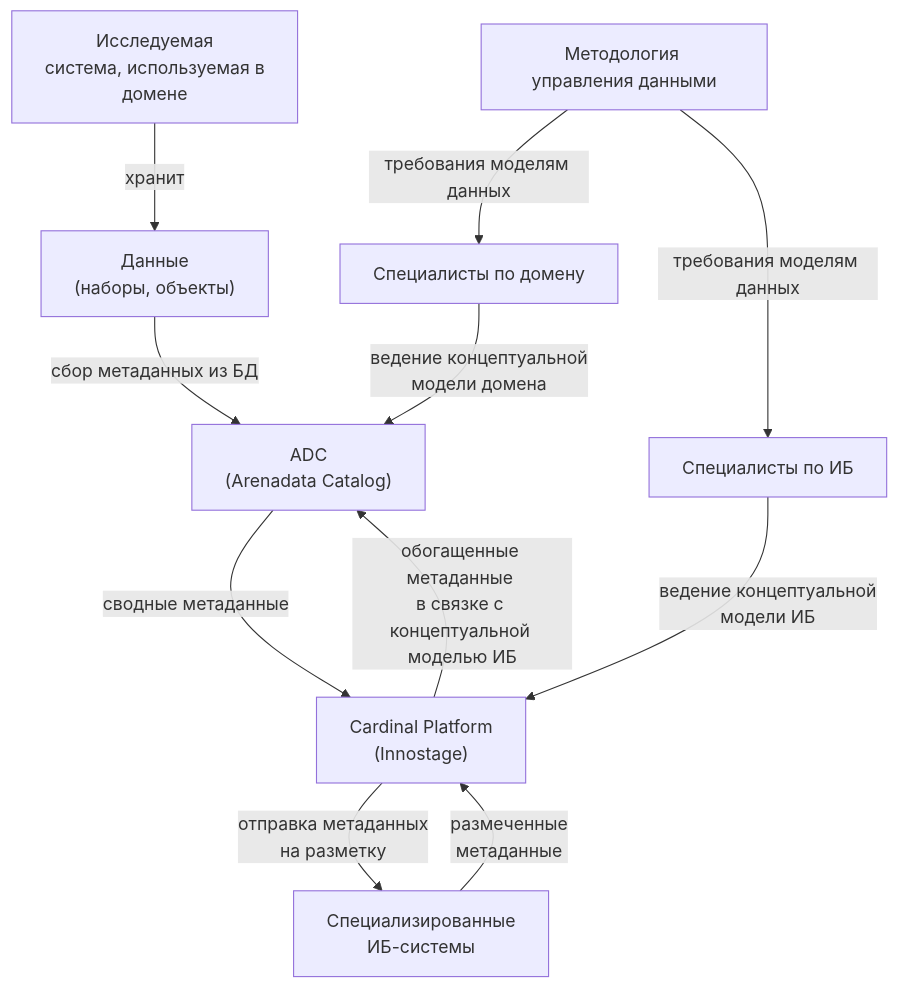
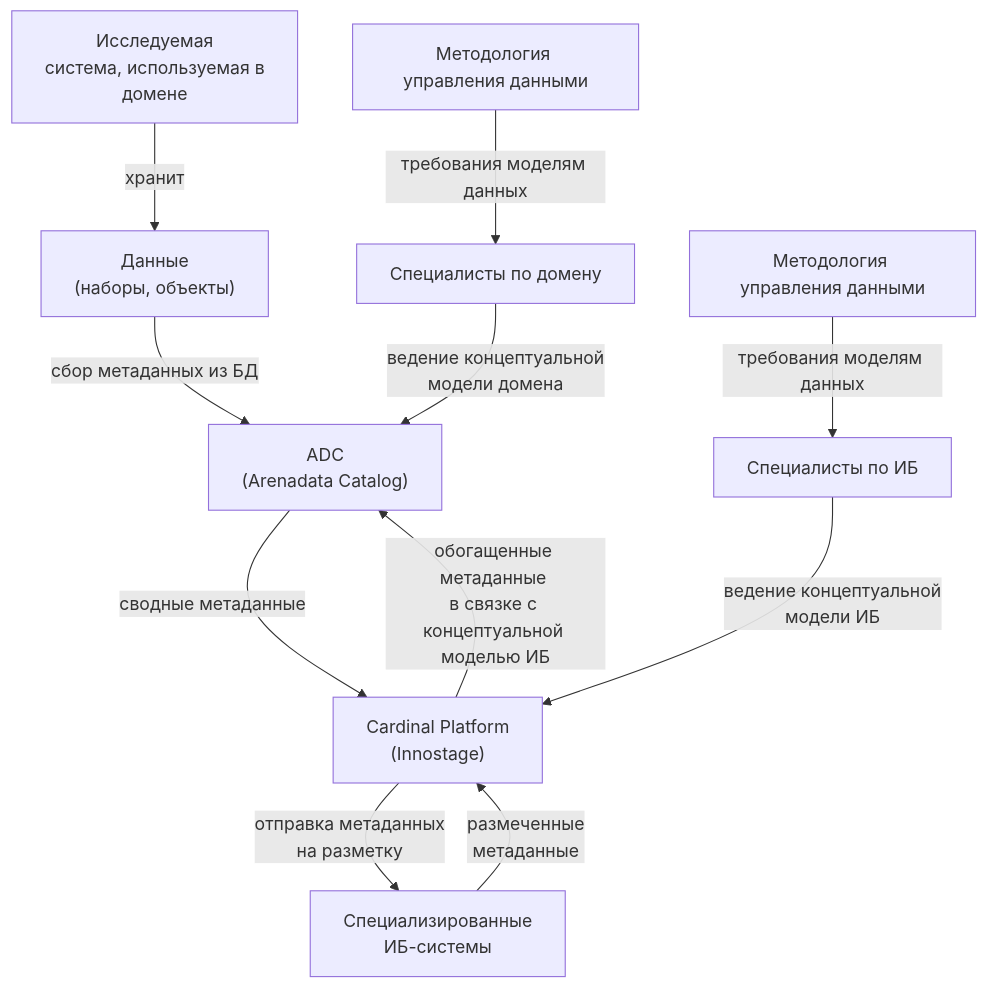
Before and after one commit to ashmarev/dg-cyber-resilience: the diagram in README.md, drawn with Mermaid.

````diff
--- a/README.md
+++ b/README.md
@@ -113,13 +113,13 @@
 ```mermaid
 flowchart TD
     SYSTEM["Исследуемая\n система, используемая в \nдомене"] -->|"хранит"| DATA["Данные\n(наборы, объекты)"]
     DATA -->|"сбор метаданных из БД"| ADC["ADC\n(Arenadata Catalog)"]
     METHOLOGY["Методология управления данными"] --> |"требования моделям данных"| MAN1
-    METHOLOGY["Методология управления данными"] --> |"требования моделям данных"| MAN2
+    METHODOLOGY["Методология управления данными"] --> |"требования моделям данных"| MAN2
     MAN1["Специалисты по домену"] --> |"ведение концептуальной\nмодели домена"| ADC
     ADC -->|"сводные метаданные"| CARDINAL["Cardinal Platform\n(Innostage)"]
     CARDINAL -->|"отправка метаданных \nна разметку"| SECSYS["Специализированные \nИБ-системы"]
     SECSYS -->|"размеченные \nметаданные"| CARDINAL
     MAN2["Специалисты по ИБ"] --> |" ведение концептуальной\nмодели ИБ"| CARDINAL
     CARDINAL -->|"обогащенные метаданные \nв связке c концептуальной \nмоделью ИБ"| ADC
 ```
````
